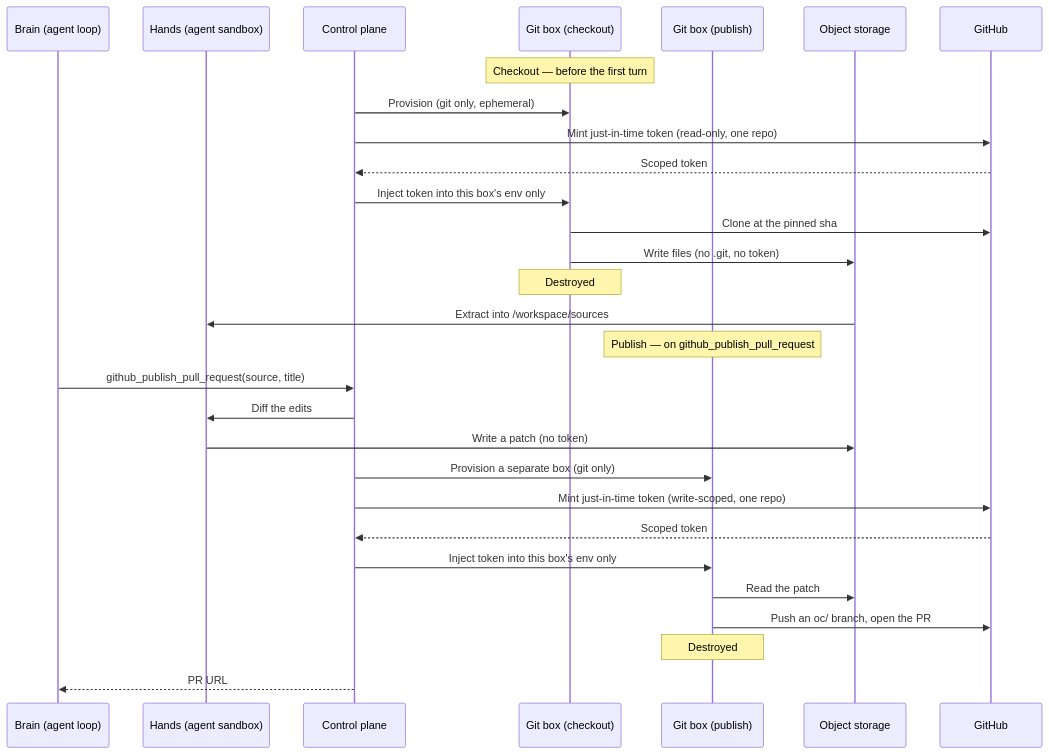
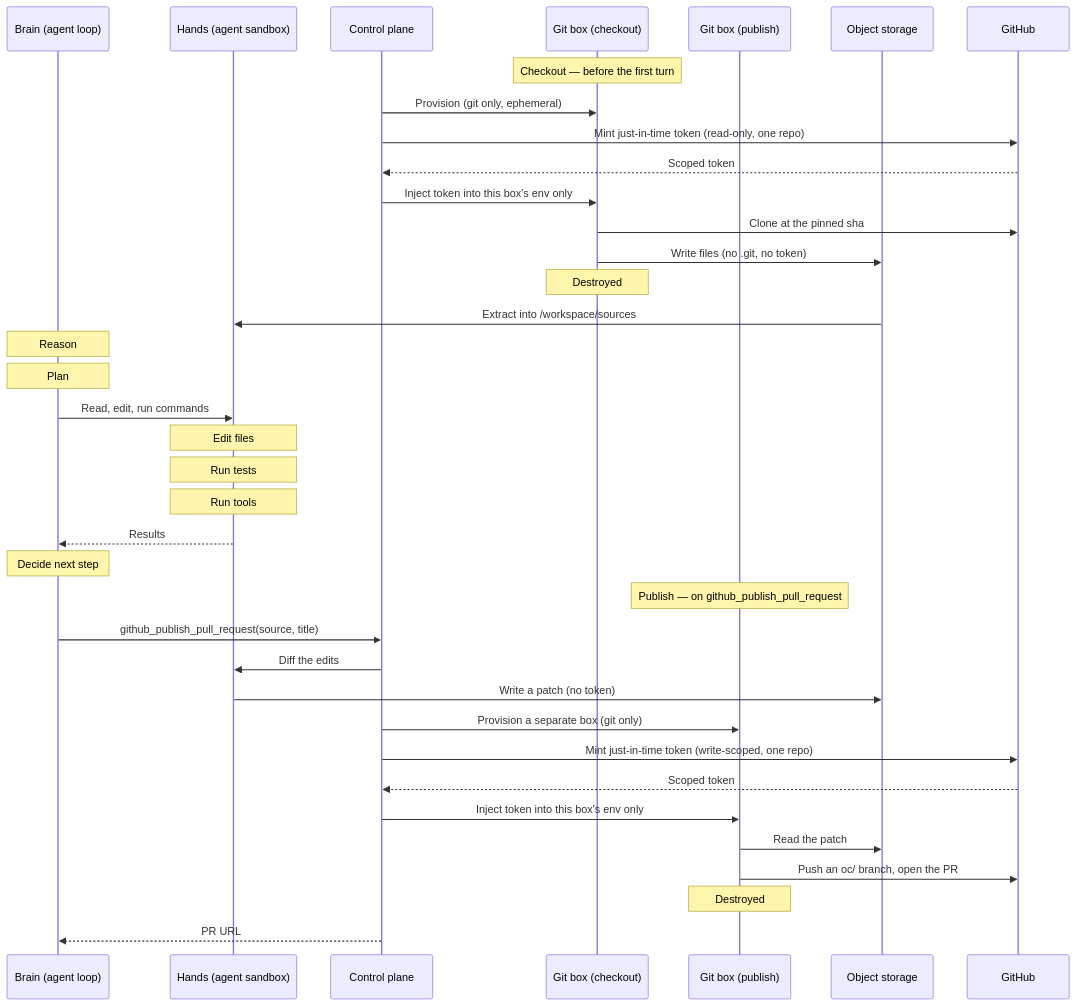
Before and after one commit to diggerhq/opencomputer: the diagram in docs/agent-sessions/repos.mdx, drawn with Mermaid.

Commit message:
docs(repos): show the agent's work loop (brain reasons, hands runs tools)

````diff
--- a/docs/agent-sessions/repos.mdx
+++ b/docs/agent-sessions/repos.mdx
@@ -46,33 +46,42 @@
 ```mermaid
 sequenceDiagram
     participant Brain as Brain (agent loop)
     participant Hands as Hands (agent sandbox)
     participant CP as Control plane
     participant GitR as Git box (checkout)
     participant GitW as Git box (publish)
     participant Store as Object storage
     participant GH as GitHub
 
     Note over GitR: Checkout — before the first turn
     CP->>GitR: Provision (git only, ephemeral)
     CP->>GH: Mint just-in-time token (read-only, one repo)
     GH-->>CP: Scoped token
     CP->>GitR: Inject token into this box's env only
     GitR->>GH: Clone at the pinned sha
     GitR->>Store: Write files (no .git, no token)
     Note over GitR: Destroyed
     Store->>Hands: Extract into /workspace/sources
 
+    Note over Brain: Reason
+    Note over Brain: Plan
+    Brain->>Hands: Read, edit, run commands
+    Note over Hands: Edit files
+    Note over Hands: Run tests
+    Note over Hands: Run tools
+    Hands-->>Brain: Results
+    Note over Brain: Decide next step
+
     Note over GitW: Publish — on github_publish_pull_request
     Brain->>CP: github_publish_pull_request(source, title)
     CP->>Hands: Diff the edits
     Hands->>Store: Write a patch (no token)
     CP->>GitW: Provision a separate box (git only)
     CP->>GH: Mint just-in-time token (write-scoped, one repo)
     GH-->>CP: Scoped token
     CP->>GitW: Inject token into this box's env only
     GitW->>Store: Read the patch
     GitW->>GH: Push an oc/ branch, open the PR
     Note over GitW: Destroyed
     CP-->>Brain: PR URL
 ```
````
